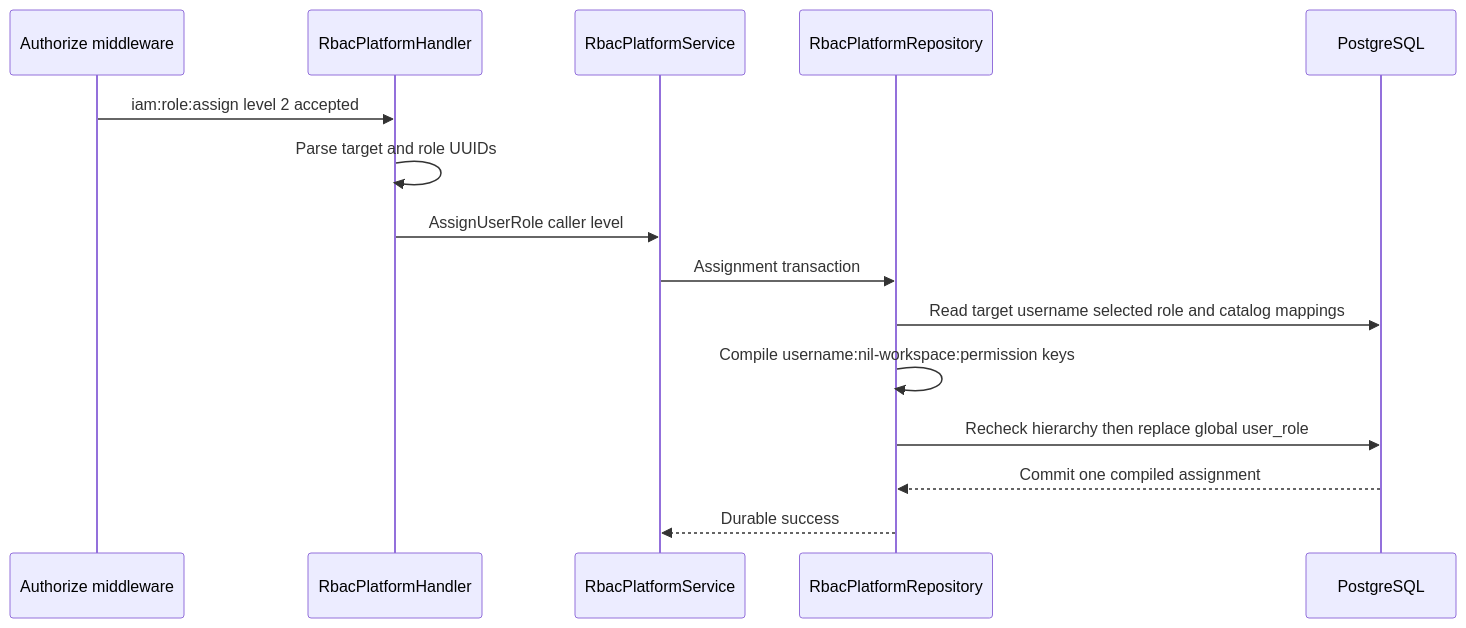
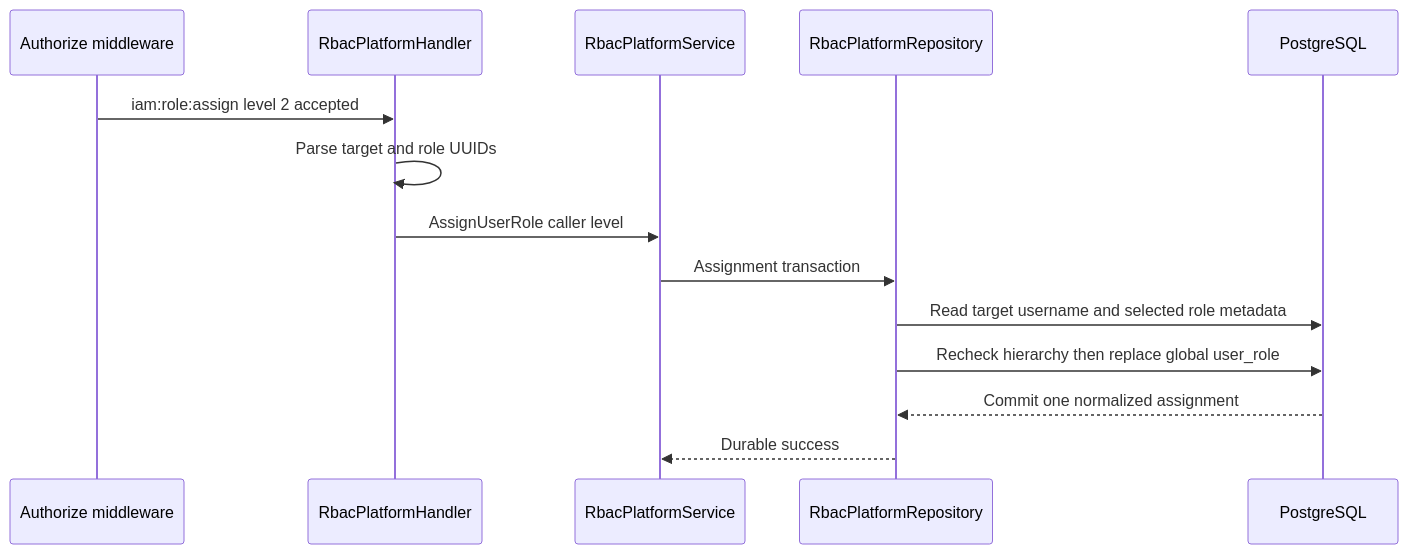
The second of 3 diagrams in god_view/iam/platform_user_role_assign_god_view_workflow.md (phucle996/aurora), drawn with Mermaid before and after one commit. The commit also changed other lines of this file and 132 other files, not shown here.

````diff
--- a/god_view/iam/platform_user_role_assign_god_view_workflow.md
+++ b/god_view/iam/platform_user_role_assign_god_view_workflow.md
@@ -36,18 +37,17 @@
 ```mermaid
 sequenceDiagram
     participant M as Authorize middleware
     participant H as RbacPlatformHandler
     participant S as RbacPlatformService
     participant Repo as RbacPlatformRepository
     participant DB as PostgreSQL
 
     M->>H: iam:role:assign level 2 accepted
     H->>H: Parse target and role UUIDs
     H->>S: AssignUserRole caller level
     S->>Repo: Assignment transaction
-    Repo->>DB: Read target username selected role and catalog mappings
-    Repo->>Repo: Compile username:nil-workspace:permission keys
+    Repo->>DB: Read target username and selected role metadata
     Repo->>DB: Recheck hierarchy then replace global user_role
-    DB-->>Repo: Commit one compiled assignment
+    DB-->>Repo: Commit one normalized assignment
     Repo-->>S: Durable success
 ```
````
